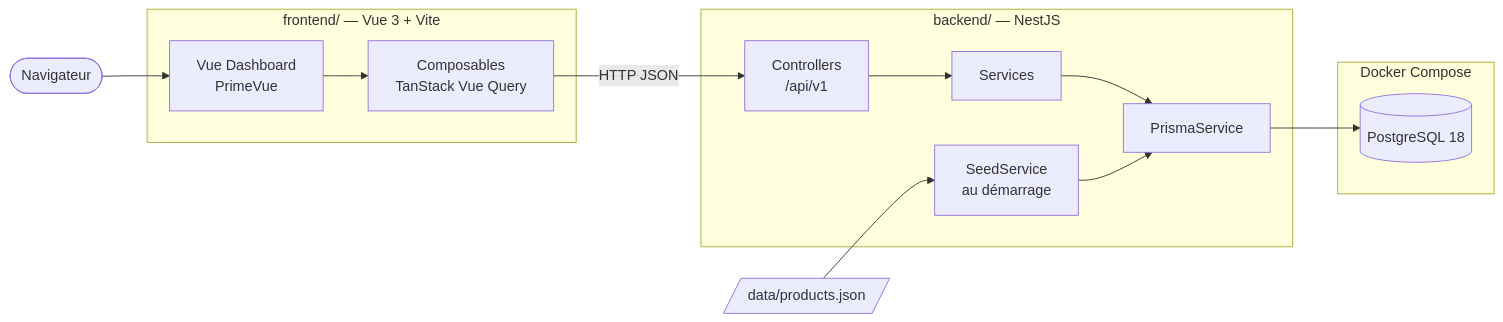
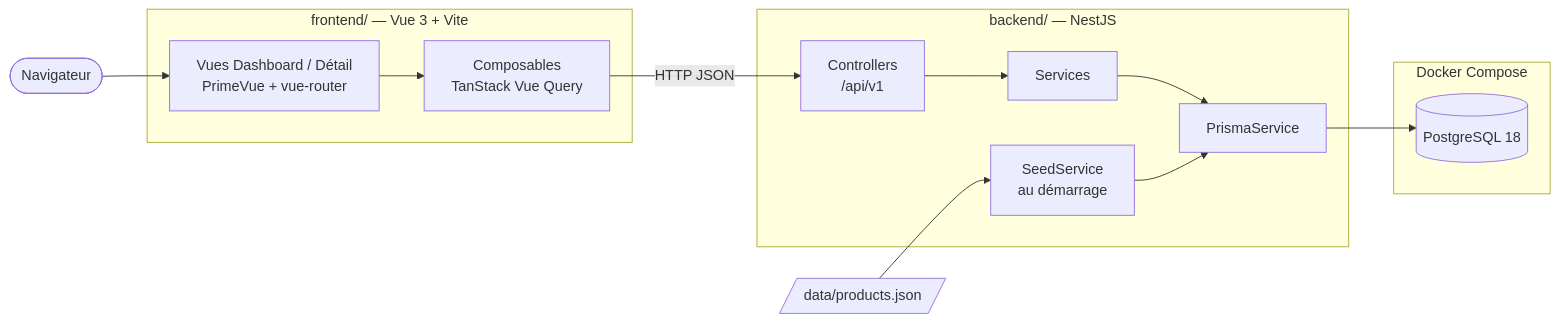
Before and after one commit to d-lagache/adeo-technical-test: the first of 3 diagrams in docs/architecture.md, drawn with Mermaid. The commit also changed other lines of this file and 14 other files, not shown here.

First line of the commit message:
feat(frontend): add routing with vue-router

````diff
--- a/docs/architecture.md
+++ b/docs/architecture.md
@@ -9,25 +9,25 @@
 ```mermaid
 flowchart LR
     user([Navigateur])
 
     subgraph frontend["frontend/ — Vue 3 + Vite"]
-        views[Vue Dashboard<br/>PrimeVue]
+        views[Vues Dashboard / Détail<br/>PrimeVue + vue-router]
         composables[Composables<br/>TanStack Vue Query]
     end
 
     subgraph backend["backend/ — NestJS"]
         controllers[Controllers<br/>/api/v1]
         services[Services]
         prisma[PrismaService]
         seed[SeedService<br/>au démarrage]
     end
 
     subgraph docker["Docker Compose"]
         db[(PostgreSQL 18)]
     end
 
     json[/data/products.json/]
 
     user --> views --> composables -- HTTP JSON --> controllers --> services --> prisma --> db
     json --> seed --> prisma
 ```
````
